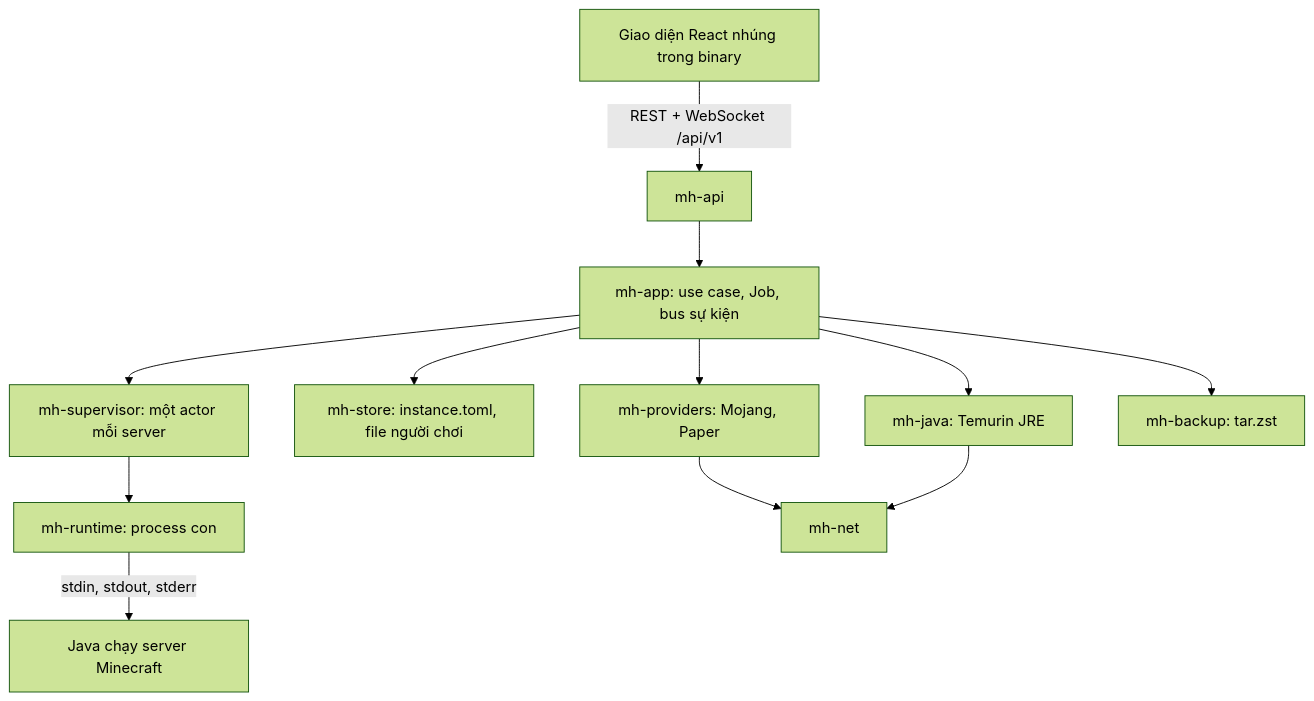
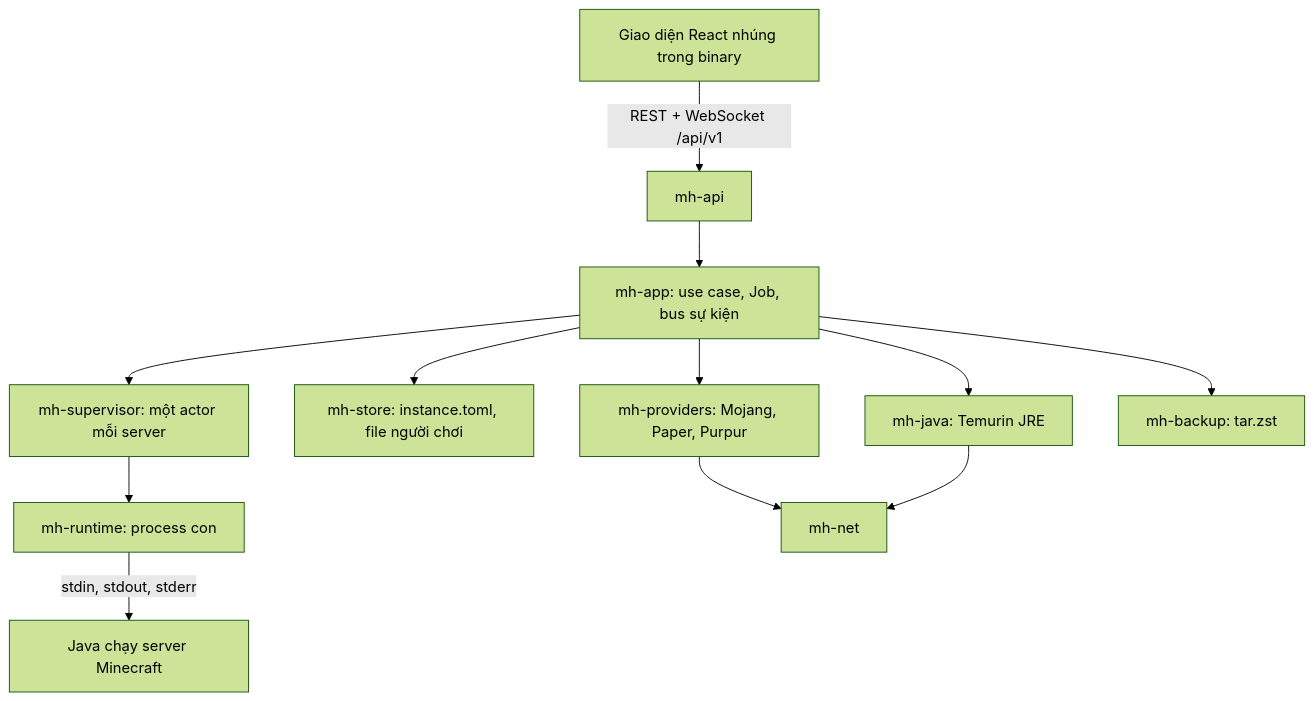
Before and after one commit to Pharos107/MineHost: the diagram in docs/architecture/tong-quan.md, drawn with Mermaid (forest theme). The commit also changed other lines of this file and 10 other files, not shown here.

````diff
--- a/docs/architecture/tong-quan.md
+++ b/docs/architecture/tong-quan.md
@@ -13,14 +13,14 @@
 ```mermaid
 flowchart TD
     UI[Giao diện React nhúng trong binary] -->|REST + WebSocket /api/v1| API[mh-api]
     API --> APP[mh-app: use case, Job, bus sự kiện]
     APP --> SUP[mh-supervisor: một actor mỗi server]
     APP --> STORE[mh-store: instance.toml, file người chơi]
-    APP --> PROV[mh-providers: Mojang, Paper]
+    APP --> PROV[mh-providers: Mojang, Paper, Purpur]
     APP --> JAVA[mh-java: Temurin JRE]
     APP --> BAK[mh-backup: tar.zst]
     SUP --> RT[mh-runtime: process con]
     RT -->|stdin, stdout, stderr| MC[Java chạy server Minecraft]
     PROV --> NET[mh-net]
     JAVA --> NET
 ```
````
